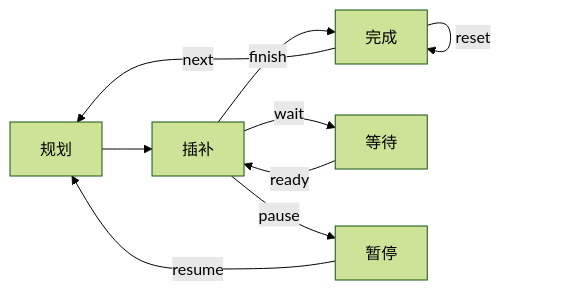
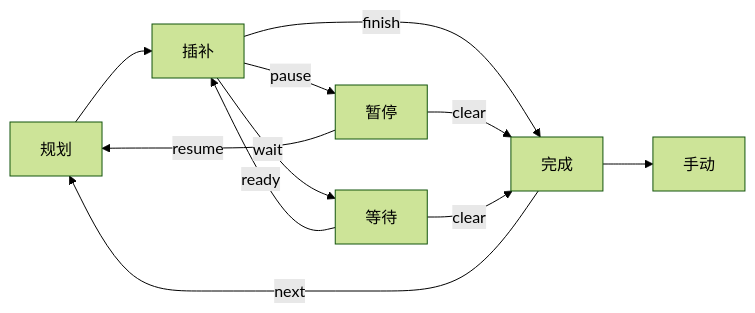
One commit to lazyshawn/NeoRobotController changed the first of 2 diagrams in src/interpolation/README.md. Above: the diagram before and after it, drawn with Mermaid (forest theme). The commit also changed 32 other files, not shown here.

````diff
--- a/src/interpolation/README.md
+++ b/src/interpolation/README.md
@@ -18,14 +18,18 @@
 ```mermaid
 graph LR
     A[规划] --> B[插补]
     
     B --finish--> C[完成]
     C --next--> A
-    C --reset--> C
 
     B --wait--> D[等待]
     D --ready--> B
 
     B --pause--> E[暂停]
     E --resume--> A
+
+    C --> F[手动]
+
+    E --clear--> C
+    D --clear--> C
 ```
````
